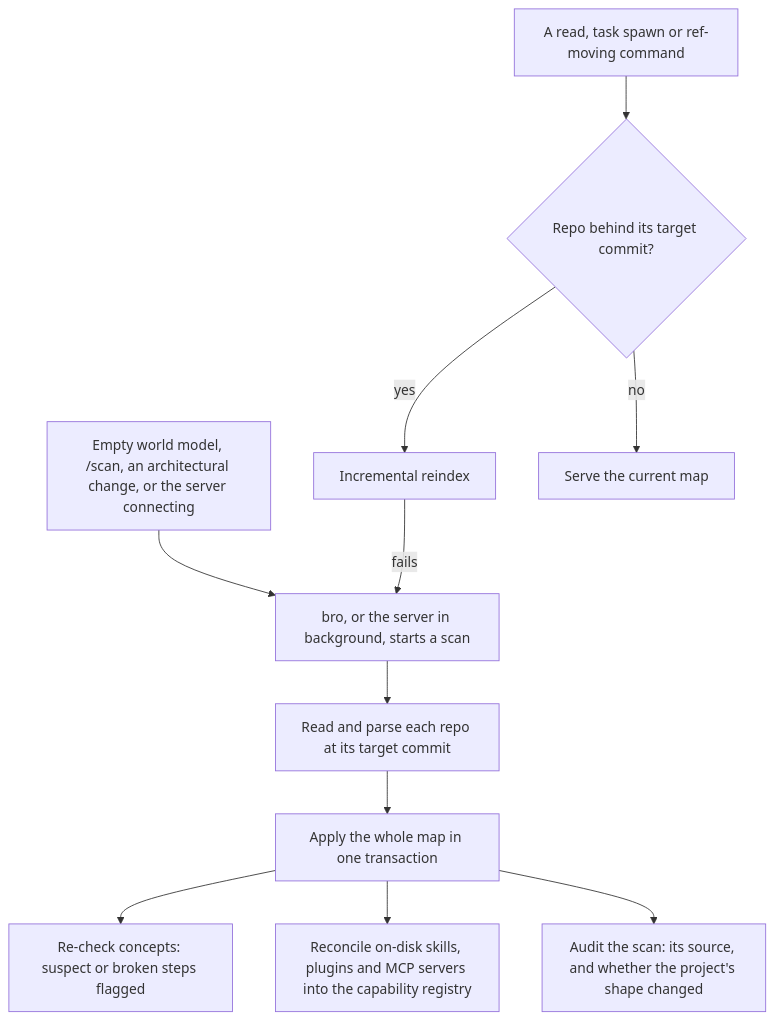
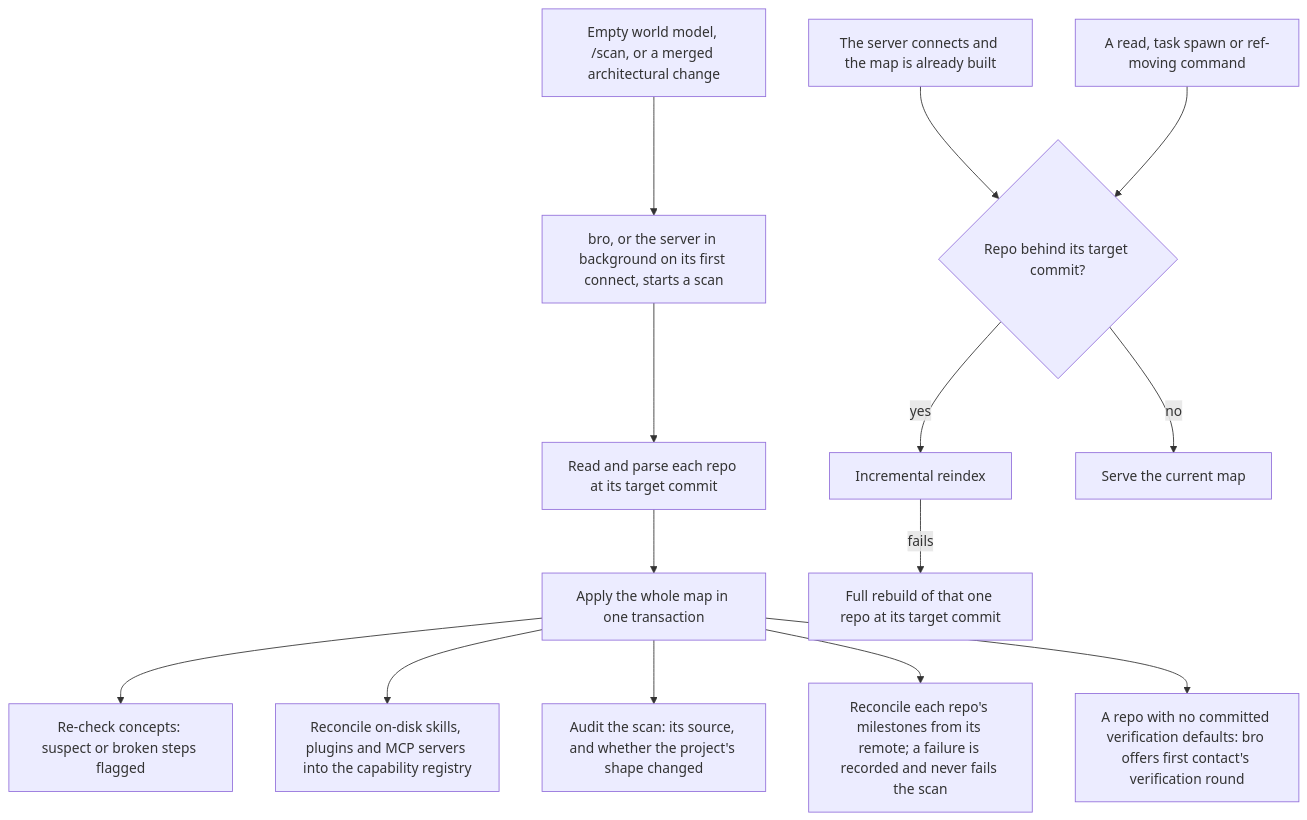
The diagram in docs/architecture/WORLD_MODEL.md (trustmybot/plugin), drawn with Mermaid before and after one commit. The commit also changed other lines of this file and 7 other files, not shown here.

First line of the commit message:
📝 docs(cold-start): fill the edge cases of install, first contact and scan (GH 3260)

````diff
--- a/docs/architecture/WORLD_MODEL.md
+++ b/docs/architecture/WORLD_MODEL.md
@@ -34,13 +34,16 @@
 ```mermaid
 flowchart TD
-    A[Empty world model, /scan, an architectural change, or the server connecting] --> B[bro, or the server in background, starts a scan]
+    A[Empty world model, /scan, or a merged architectural change] --> B[bro, or the server in background on its first connect, starts a scan]
+    A2[The server connects and the map is already built] --> I
     B --> C[Read and parse each repo at its target commit]
     C --> D[Apply the whole map in one transaction]
     D --> E[Re-check concepts: suspect or broken steps flagged]
     D --> F[Reconcile on-disk skills, plugins and MCP servers into the capability registry]
     D --> G[Audit the scan: its source, and whether the project's shape changed]
+    D --> M[Reconcile each repo's milestones from its remote; a failure is recorded and never fails the scan]
+    D --> N[A repo with no committed verification defaults: bro offers first contact's verification round]
     H[A read, task spawn or ref-moving command] --> I{Repo behind its target commit?}
     I -- yes --> J[Incremental reindex]
-    J -- fails --> B
+    J -- fails --> L[Full rebuild of that one repo at its target commit]
     I -- no --> K[Serve the current map]
 ```
````
